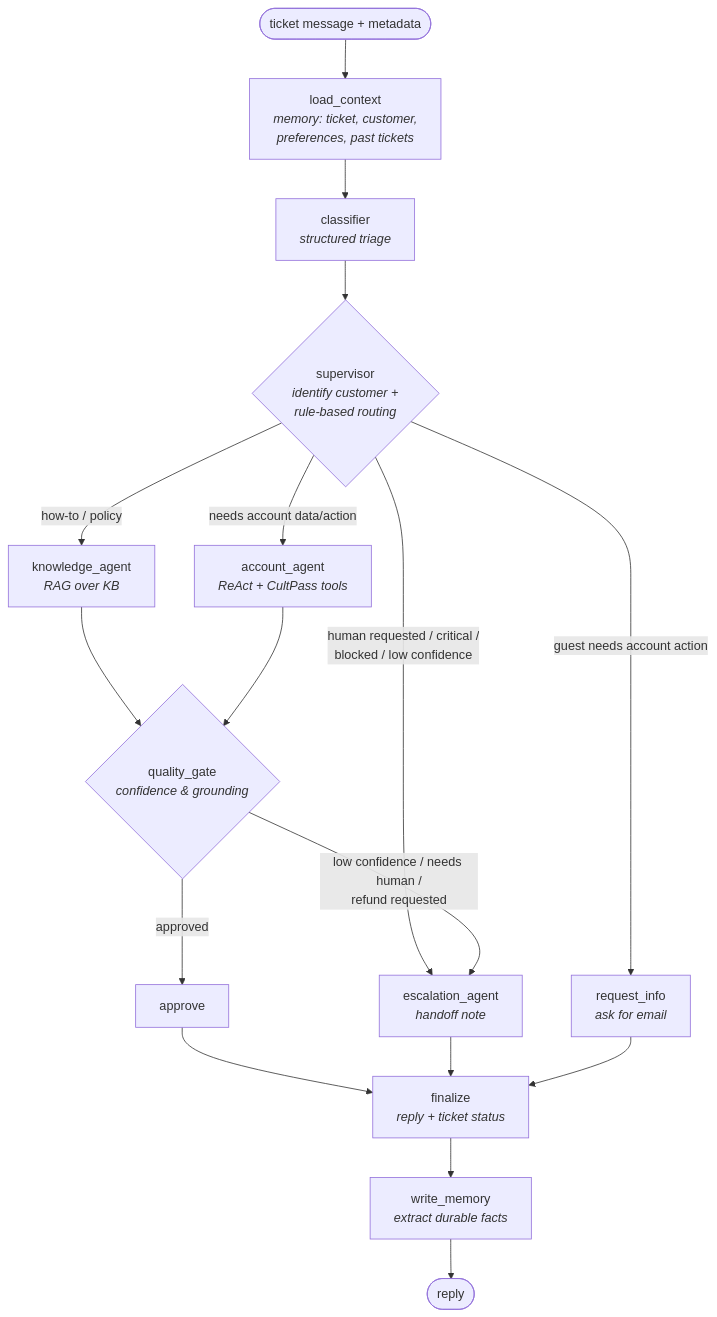
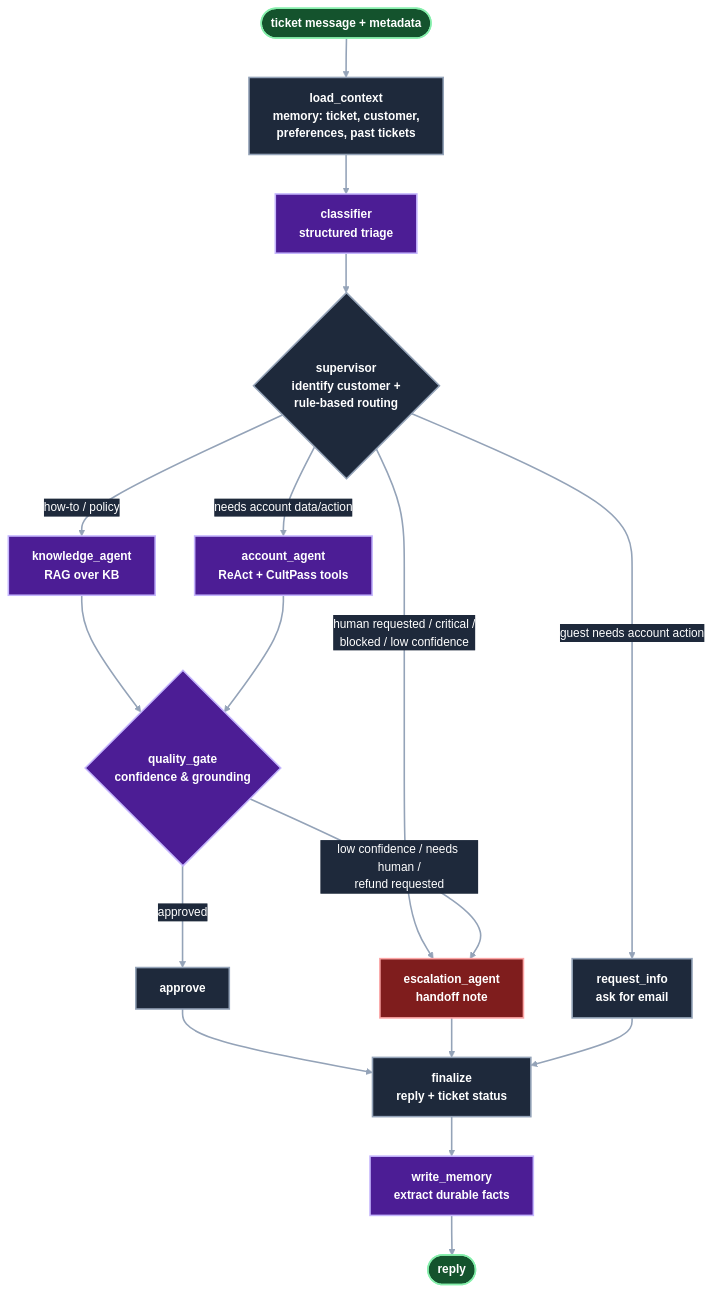
Before and after one commit to manish5593/Agentic_AI_With_LangGraph: the diagram in starter/agentic/design/README.md, drawn with Mermaid. The commit also changed 3 other files, not shown here.

Commit message:
Use dark Mermaid theme for flowcharts and embed architecture diagram in root README

````diff
--- a/starter/agentic/design/README.md
+++ b/starter/agentic/design/README.md
@@ -20,19 +20,29 @@
 ```mermaid
+%%{init: {"theme": "base", "themeVariables": {"fontSize": "15px", "background": "#0f172a", "lineColor": "#94a3b8", "textColor": "#ffffff", "primaryTextColor": "#ffffff", "edgeLabelBackground": "#1e293b", "tertiaryTextColor": "#ffffff"}}}%%
 graph TD
-    START([ticket message + metadata]) --> LC[load_context<br/><i>memory: ticket, customer,<br/>preferences, past tickets</i>]
-    LC --> CL[classifier<br/><i>structured triage</i>]
-    CL --> SU{supervisor<br/><i>identify customer +<br/>rule-based routing</i>}
-    SU -->|how-to / policy| KA[knowledge_agent<br/><i>RAG over KB</i>]
-    SU -->|needs account data/action| AA[account_agent<br/><i>ReAct + CultPass tools</i>]
-    SU -->|guest needs account action| RI[request_info<br/><i>ask for email</i>]
-    SU -->|human requested / critical /<br/>blocked / low confidence| EA[escalation_agent<br/><i>handoff note</i>]
-    KA --> QG{quality_gate<br/><i>confidence & grounding</i>}
+    START([ticket message + metadata]) --> LC[load_context<br/>memory: ticket, customer,<br/>preferences, past tickets]
+    LC --> CL[classifier<br/>structured triage]
+    CL --> SU{supervisor<br/>identify customer +<br/>rule-based routing}
+    SU -->|how-to / policy| KA[knowledge_agent<br/>RAG over KB]
+    SU -->|needs account data/action| AA[account_agent<br/>ReAct + CultPass tools]
+    SU -->|guest needs account action| RI[request_info<br/>ask for email]
+    SU -->|human requested / critical /<br/>blocked / low confidence| EA[escalation_agent<br/>handoff note]
+    KA --> QG{quality_gate<br/>confidence & grounding}
     AA --> QG
     QG -->|approved| AP[approve]
     QG -->|low confidence / needs human /<br/>refund requested| EA
-    AP --> FI[finalize<br/><i>reply + ticket status</i>]
+    AP --> FI[finalize<br/>reply + ticket status]
     EA --> FI
     RI --> FI
-    FI --> WM[write_memory<br/><i>extract durable facts</i>]
-    WM --> END([reply])
+    FI --> WM[write_memory<br/>extract durable facts]
+    WM --> OUT([reply])
+
+    classDef default fill:#1e293b,stroke:#94a3b8,stroke-width:2px,color:#ffffff,font-weight:bold
+    classDef io fill:#14532d,stroke:#86efac,stroke-width:2px,color:#ffffff,font-weight:bold
+    classDef llm fill:#4c1d95,stroke:#c4b5fd,stroke-width:2px,color:#ffffff,font-weight:bold
+    classDef escalation fill:#7f1d1d,stroke:#fca5a5,stroke-width:2px,color:#ffffff,font-weight:bold
+    class START,OUT io
+    class CL,KA,AA,QG,WM llm
+    class EA escalation
+    linkStyle default stroke:#94a3b8,stroke-width:2px
 ```
````
